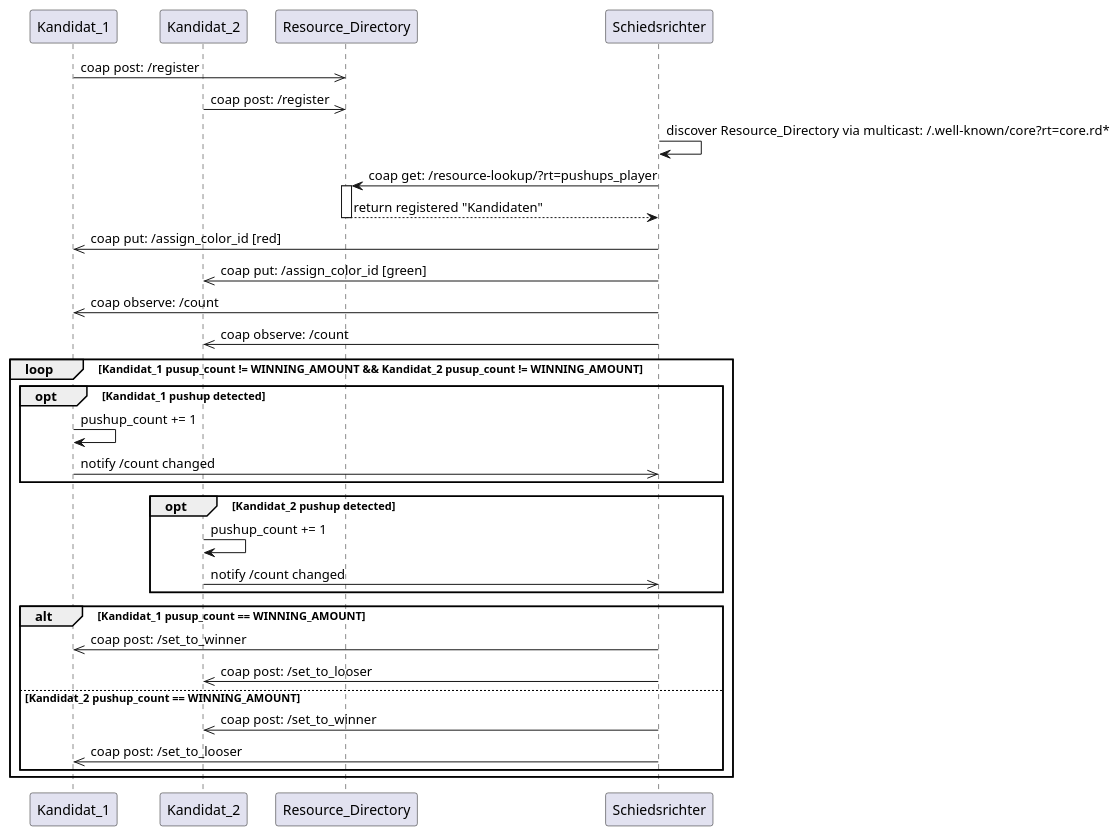
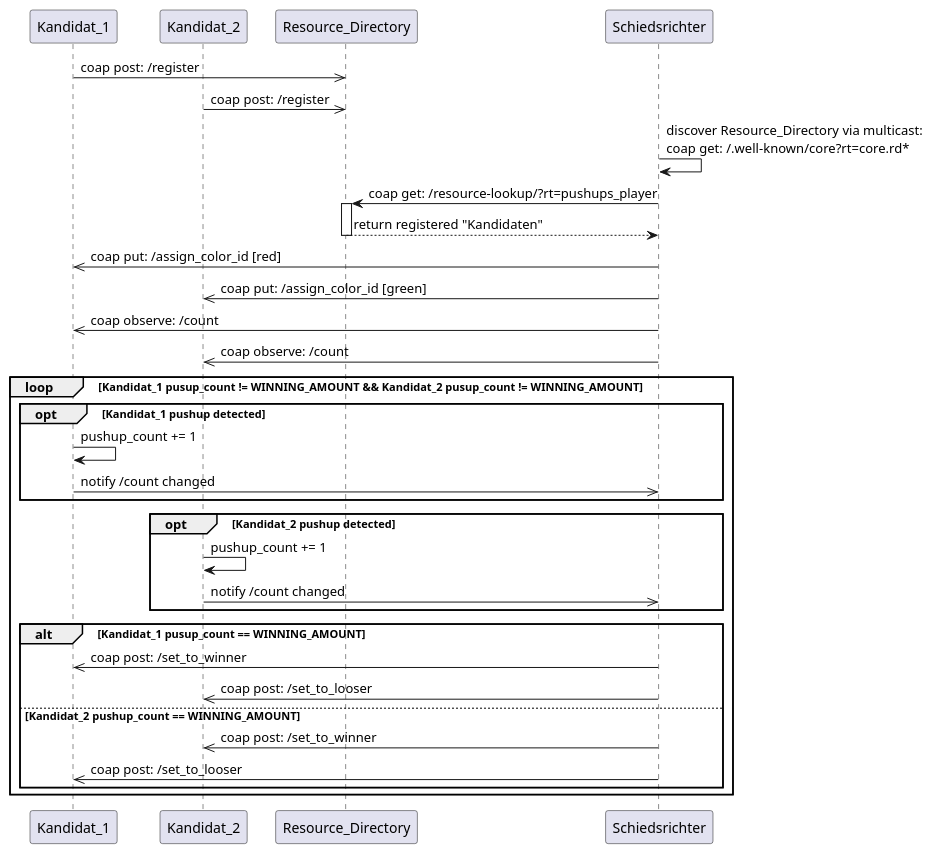
Before and after one commit to friedrichdudda/AIT05: the diagram in docs/communication.puml, drawn with PlantUML. The commit also changed 5 other files, not shown here.

```diff
--- a/docs/communication.puml
+++ b/docs/communication.puml
@@ -1,35 +1,35 @@
 @startuml Kommunikation
 participant Kandidat_1
 participant Kandidat_2
 participant Resource_Directory
 participant Schiedsrichter
 
 Kandidat_1 ->> Resource_Directory: coap post: /register
 Kandidat_2 ->> Resource_Directory: coap post: /register
-Schiedsrichter -> Schiedsrichter: discover Resource_Directory via multicast: /.well-known/core?rt=core.rd*
+Schiedsrichter -> Schiedsrichter: discover Resource_Directory via multicast:\ncoap get: /.well-known/core?rt=core.rd*
 Schiedsrichter -> Resource_Directory: coap get: /resource-lookup/?rt=pushups_player
 activate Resource_Directory
 Resource_Directory --> Schiedsrichter: return registered "Kandidaten"
 deactivate Resource_Directory
 Schiedsrichter ->> Kandidat_1: coap put: /assign_color_id [red]
 Schiedsrichter ->> Kandidat_2: coap put: /assign_color_id [green]
 Schiedsrichter ->> Kandidat_1: coap observe: /count
 Schiedsrichter ->> Kandidat_2: coap observe: /count
 loop Kandidat_1 pusup_count != WINNING_AMOUNT && Kandidat_2 pusup_count != WINNING_AMOUNT
     opt Kandidat_1 pushup detected
         Kandidat_1 -> Kandidat_1: pushup_count += 1
         Kandidat_1 ->> Schiedsrichter: notify /count changed
     end
     opt Kandidat_2 pushup detected
         Kandidat_2 -> Kandidat_2: pushup_count += 1
         Kandidat_2 ->> Schiedsrichter: notify /count changed
     end
     alt Kandidat_1 pusup_count == WINNING_AMOUNT
         Schiedsrichter ->> Kandidat_1: coap post: /set_to_winner
         Schiedsrichter ->> Kandidat_2: coap post: /set_to_looser
     else Kandidat_2 pushup_count == WINNING_AMOUNT
         Schiedsrichter ->> Kandidat_2: coap post: /set_to_winner
         Schiedsrichter ->> Kandidat_1: coap post: /set_to_looser
     end
 end
 @enduml
```
